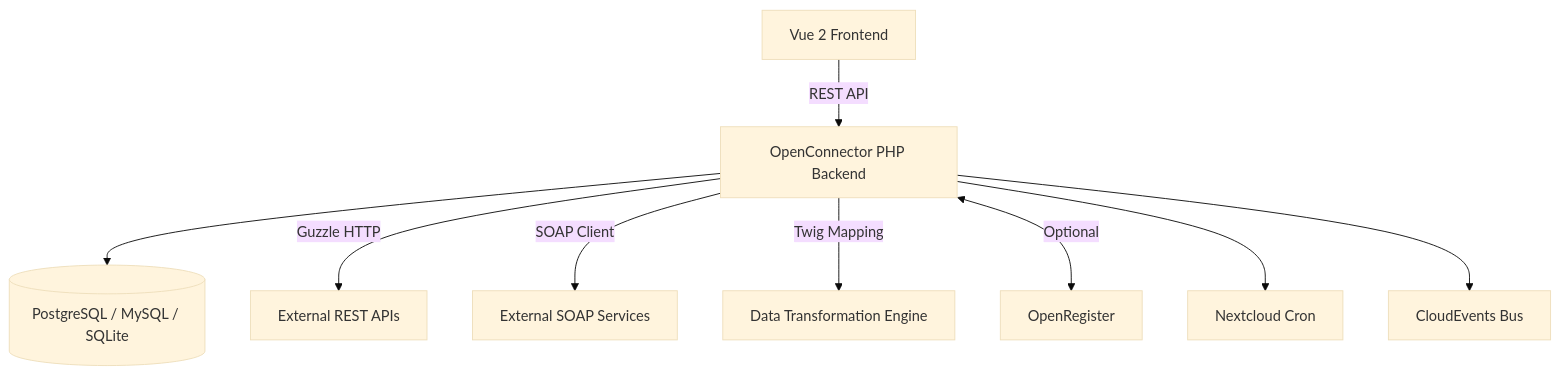
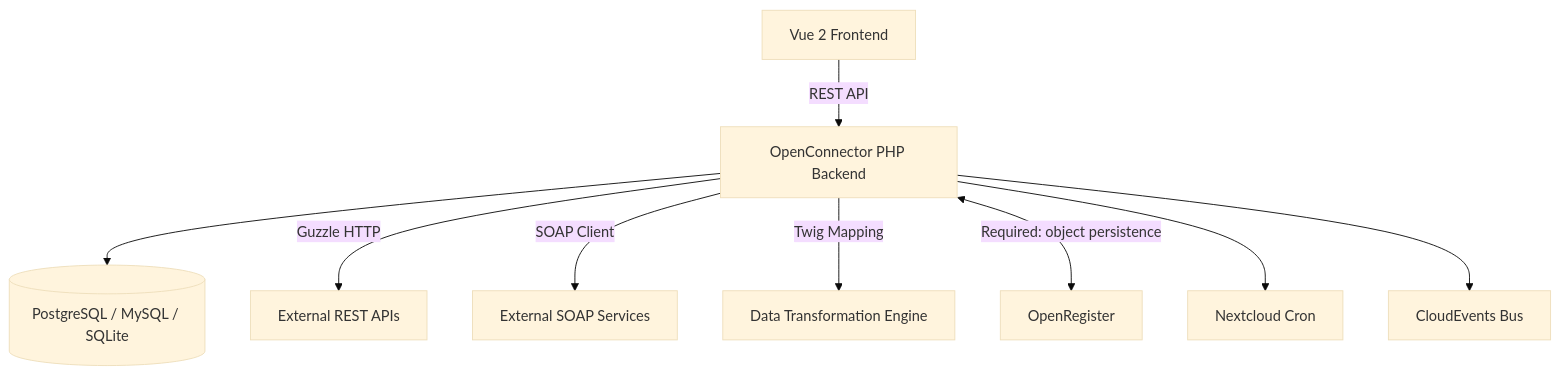
The diagram in README.md (ConductionNL/integriq), drawn with Mermaid (base theme) before and after one commit. The commit also changed other lines of this file and 16 other files, not shown here.

First line of the commit message:
feat(distribution): EUPL-1.2 licence tag + honest OpenRegister-required metadata + fail-loud guard

````diff
--- a/README.md
+++ b/README.md
@@ -101,11 +101,11 @@
 ```mermaid
 graph TD
     A[Vue 2 Frontend] -->|REST API| B[OpenConnector PHP Backend]
     B --> C[(PostgreSQL / MySQL / SQLite)]
     B -->|Guzzle HTTP| D[External REST APIs]
     B -->|SOAP Client| E[External SOAP Services]
     B -->|Twig Mapping| F[Data Transformation Engine]
-    B <-->|Optional| G[OpenRegister]
+    B <-->|Required: object persistence| G[OpenRegister]
     B --> H[Nextcloud Cron]
     B --> I[CloudEvents Bus]
 ```
````
